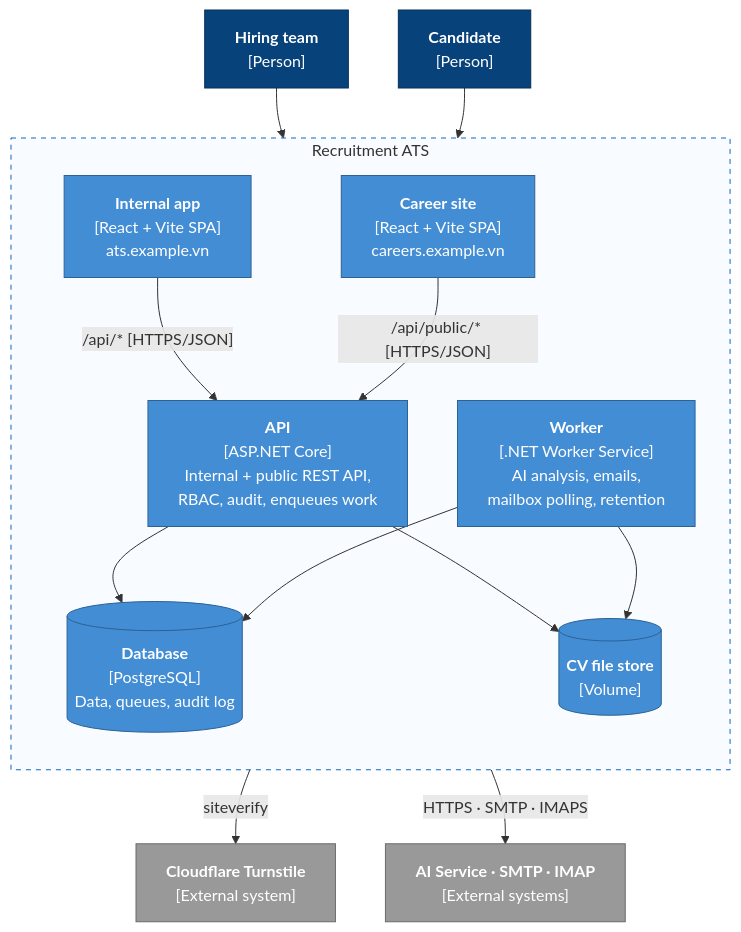
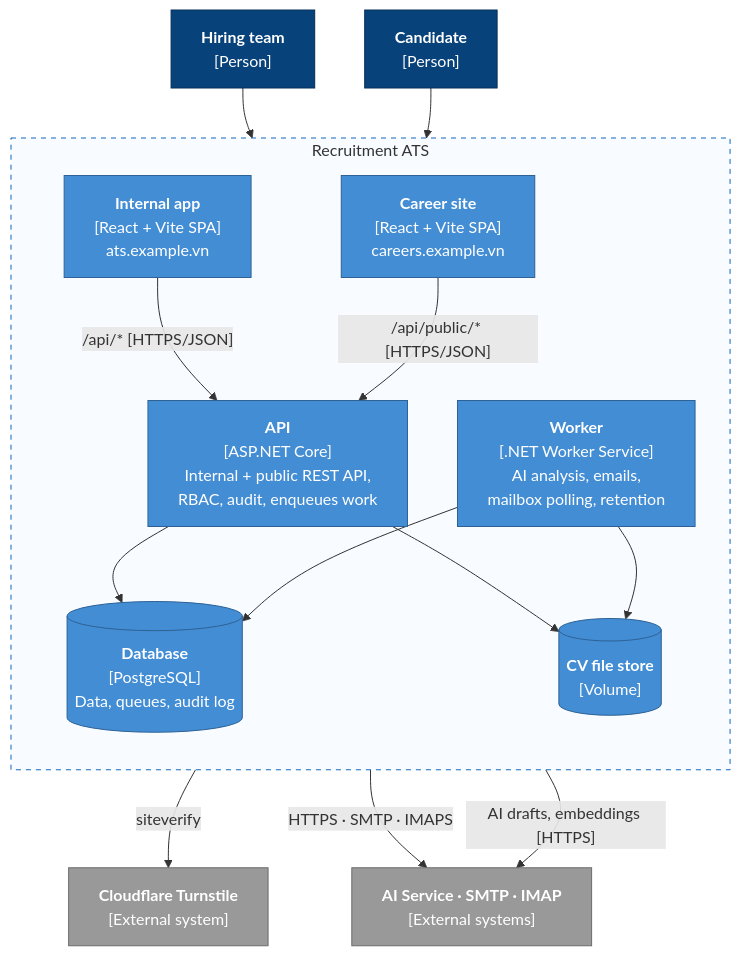
One commit to duongk18FPTU/recruitment-ats changed the fourth of 7 diagrams in README.md. Above: the diagram before and after it, drawn with Mermaid. The commit also changed other lines of this file and 28 other files, not shown here.

````diff
--- a/README.md
+++ b/README.md
@@ -309,37 +315,38 @@
 ```mermaid
 flowchart TB
     hr["<b>Hiring team</b><br/>[Person]"]
     cand["<b>Candidate</b><br/>[Person]"]
 
     subgraph ats["Recruitment ATS"]
         direction TB
         career["<b>Career site</b><br/>[React + Vite SPA]<br/>careers.example.vn"]
         internal["<b>Internal app</b><br/>[React + Vite SPA]<br/>ats.example.vn"]
         api["<b>API</b><br/>[ASP.NET Core]<br/>Internal + public REST API,<br/>RBAC, audit, enqueues work"]
         worker["<b>Worker</b><br/>[.NET Worker Service]<br/>AI analysis, emails,<br/>mailbox polling, retention"]
         db[("<b>Database</b><br/>[PostgreSQL]<br/>Data, queues, audit log")]
         files[("<b>CV file store</b><br/>[Volume]")]
     end
 
     ext["<b>AI Service · SMTP · IMAP</b><br/>[External systems]"]
     turnstile["<b>Cloudflare Turnstile</b><br/>[External system]"]
 
     hr --> internal
     cand --> career
     internal -->|"/api/* [HTTPS/JSON]"| api
     career -->|"/api/public/* [HTTPS/JSON]"| api
     api --> db
     api --> files
     api -->|"siteverify"| turnstile
     worker --> db
     worker --> files
     worker -->|"HTTPS · SMTP · IMAPS"| ext
+    api -->|"AI drafts, embeddings [HTTPS]"| ext
 
     classDef person fill:#08427b,color:#fff,stroke:#052e56
     classDef container fill:#438dd5,color:#fff,stroke:#2e6295
     classDef external fill:#999,color:#fff,stroke:#6b6b6b
     class hr,cand person
     class career,internal,api,worker,db,files container
     class ext,turnstile external
     style ats fill:#f8fbff,stroke:#1168bd,stroke-dasharray:5 5
 ```
````
